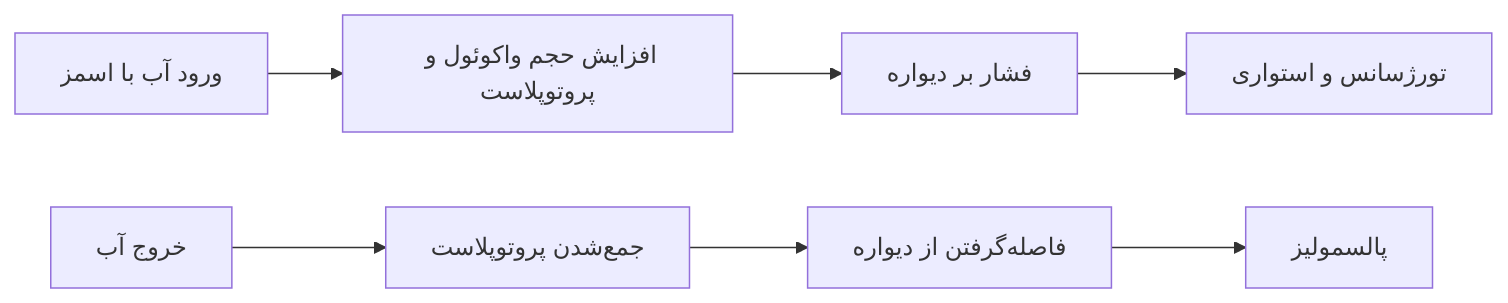
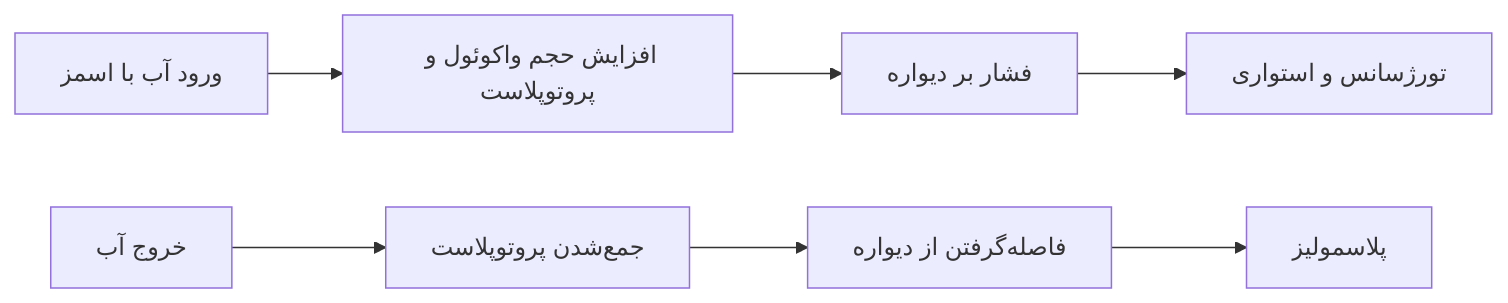
Before and after one commit to paymon1/biology-study-hub: the second of 5 diagrams in 03-visual-learning/grade-10/chapter-06/visual-guide.md, drawn with Mermaid. The commit also changed other lines of this file, not shown here.

````diff
--- a/03-visual-learning/grade-10/chapter-06/visual-guide.md
+++ b/03-visual-learning/grade-10/chapter-06/visual-guide.md
@@ -32,9 +32,9 @@
 ```mermaid
 flowchart LR
  A["ورود آب با اسمز"] --> B["افزایش حجم واکوئول و پروتوپلاست"]
  B --> C["فشار بر دیواره"]
  C --> D["تورژسانس و استواری"]
  E["خروج آب"] --> F["جمع‌شدن پروتوپلاست"]
  F --> G["فاصله‌گرفتن از دیواره"]
- G --> H["پالسمولیز"]
+ G --> H["پلاسمولیز"]
 ```
````
